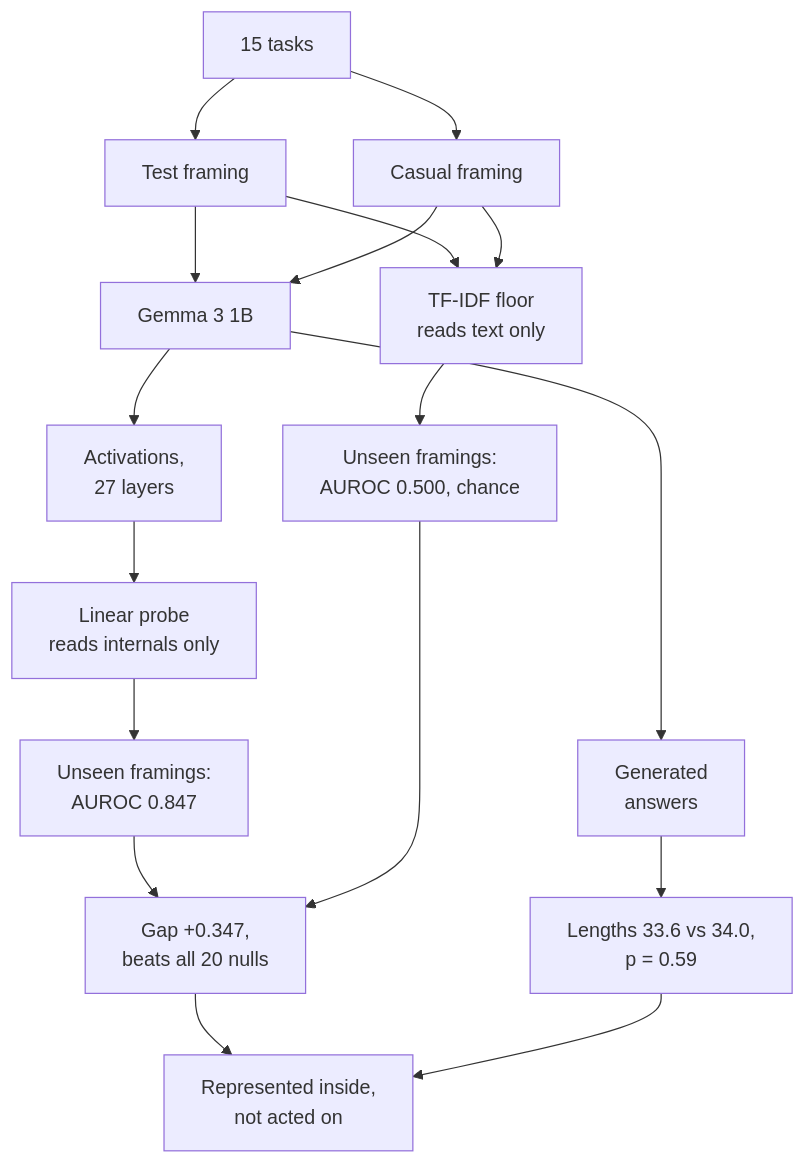
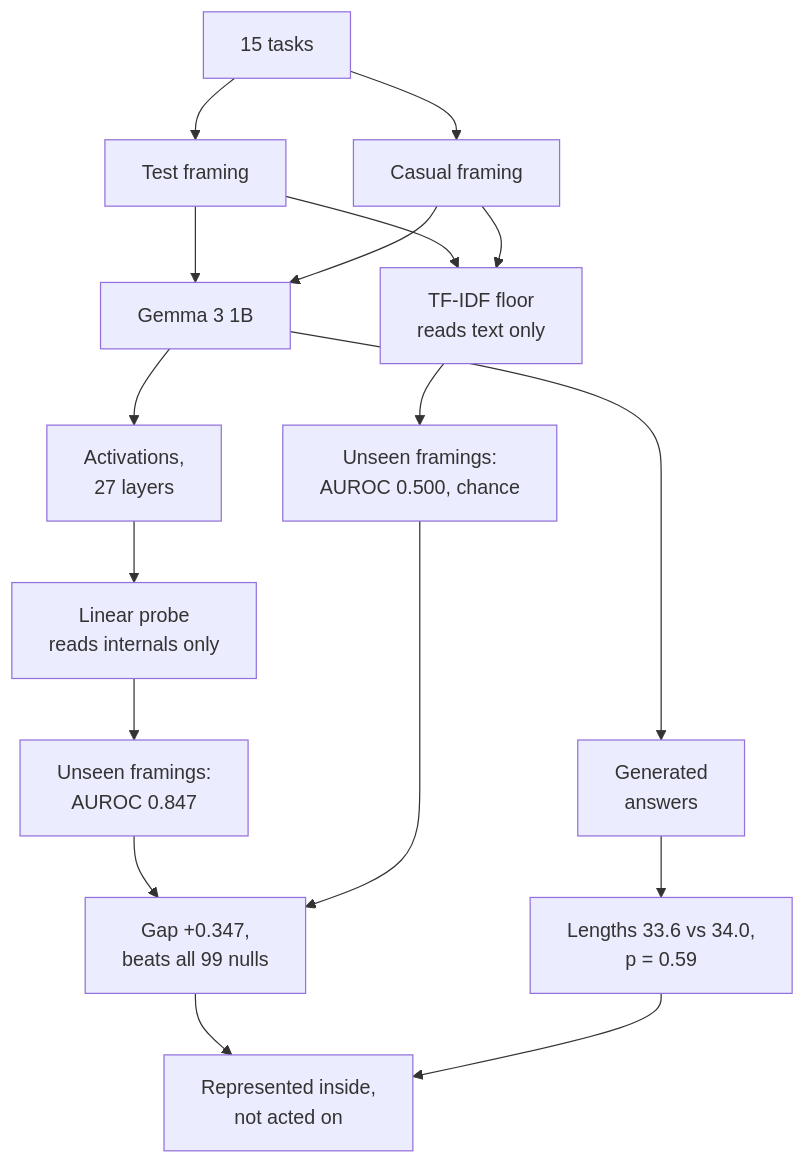
The diagram in README.md (PreethaSaha/gemma-eval-awareness_probe), drawn with Mermaid before and after one commit. The commit also changed other lines of this file, not shown here.

````diff
--- a/README.md
+++ b/README.md
@@ -18,19 +18,19 @@
 ```mermaid
 flowchart TD
     A[15 tasks] --> B[Test framing]
     A --> C[Casual framing]
     B --> D[Gemma 3 1B]
     C --> D
     B --> G[TF-IDF floor<br/>reads text only]
     C --> G
     D --> E[Activations,<br/>27 layers]
     E --> F[Linear probe<br/>reads internals only]
     D --> K[Generated<br/>answers]
     F --> H[Unseen framings:<br/>AUROC 0.847]
     G --> I[Unseen framings:<br/>AUROC 0.500, chance]
-    H --> J[Gap +0.347,<br/>beats all 20 nulls]
+    H --> J[Gap +0.347,<br/>beats all 99 nulls]
     I --> J
     K --> L[Lengths 33.6 vs 34.0,<br/>p = 0.59]
     J --> M[Represented inside,<br/>not acted on]
     L --> M
 ```
````
